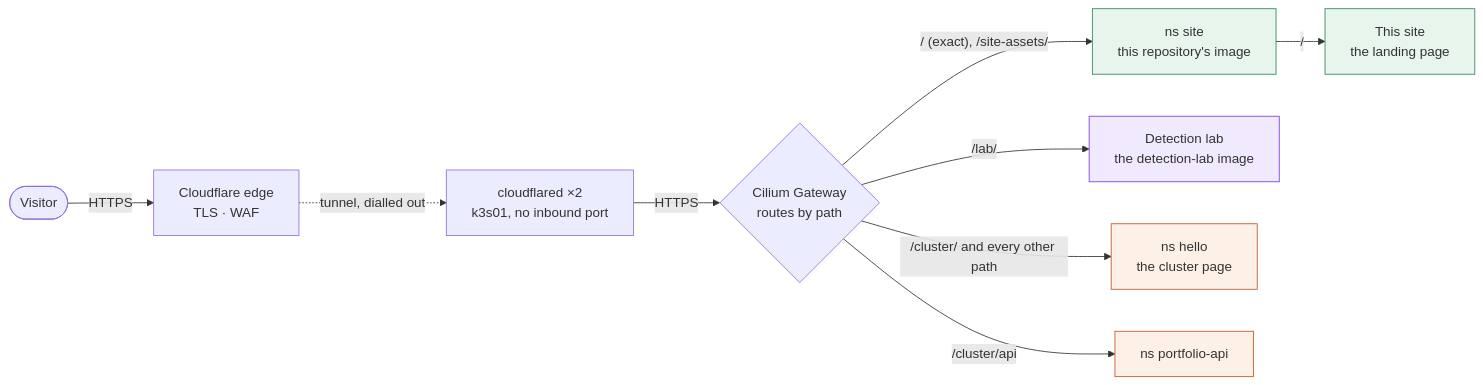
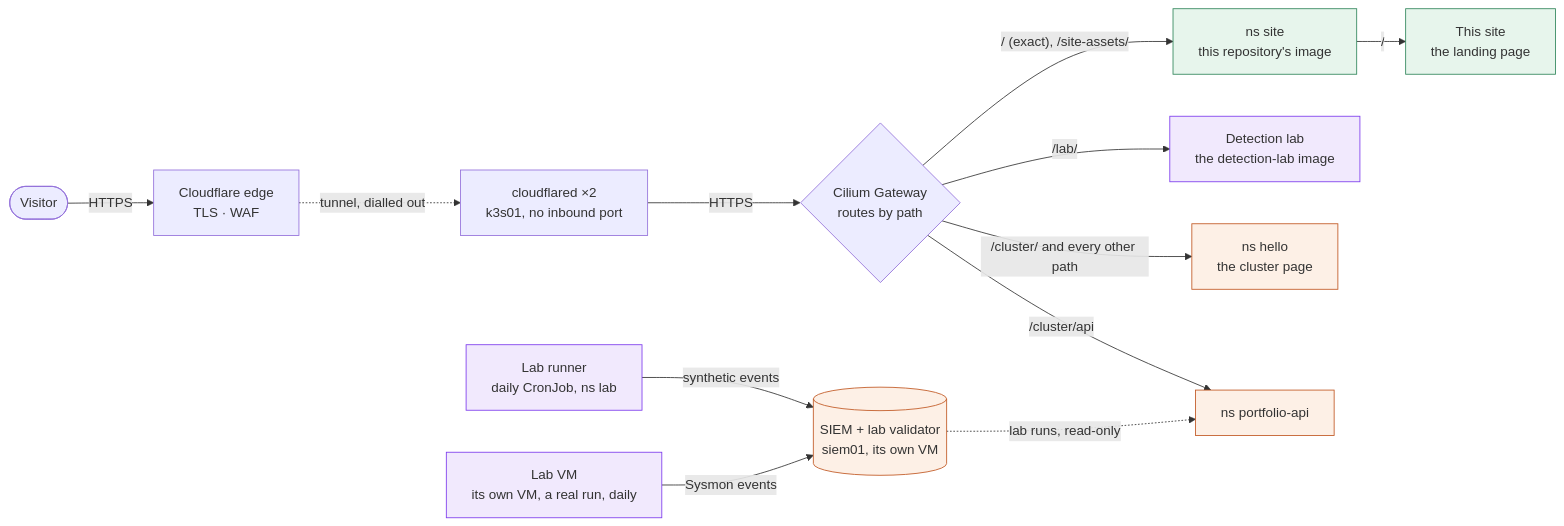
The first of 2 diagrams in README.md (HubertMJ/hubertjablon.ski), drawn with Mermaid before and after one commit. The commit also changed other lines of this file and 4 other files, not shown here.

First line of the commit message:
The way in: where /lab/'s daily run comes from, below the routes

````diff
--- a/README.md
+++ b/README.md
@@ -23,17 +23,21 @@
 ```mermaid
 flowchart LR
     V([Visitor]) -- HTTPS --> CF["Cloudflare edge<br/>TLS · WAF"]
     CF -. tunnel, dialled out .-> CFD["cloudflared ×2<br/>k3s01, no inbound port"]
     CFD -- HTTPS --> GW{"Cilium Gateway<br/>routes by path"}
     GW -- "/ (exact), /site-assets/" --> SITE["ns site<br/>this repository's image"]
     SITE -- "/" --> HOME["This site<br/>the landing page"]
     GW -- "/lab/" --> LAB["Detection lab<br/>the detection-lab image"]
     GW -- "/cluster/ and every other path" --> HELLO["ns hello<br/>the cluster page"]
     GW -- "/cluster/api" --> API["ns portfolio-api"]
+    RUNNER["Lab runner<br/>daily CronJob, ns lab"] -- "synthetic events" --> SIEM[("SIEM + lab validator<br/>siem01, its own VM")]
+    VM["Lab VM<br/>its own VM, a real run, daily"] -- "Sysmon events" --> SIEM
+    SIEM -. "lab runs, read-only" .-> API
     classDef here fill:#e7f5ec,stroke:#2f855a;
     classDef other fill:#fdf0e6,stroke:#c05621;
     classDef lab fill:#f1e9fd,stroke:#7c3aed;
     class SITE,HOME here;
     class HELLO,API other;
-    class LAB lab;
+    class LAB,RUNNER,VM lab;
+    class SIEM other;
 ```
````
